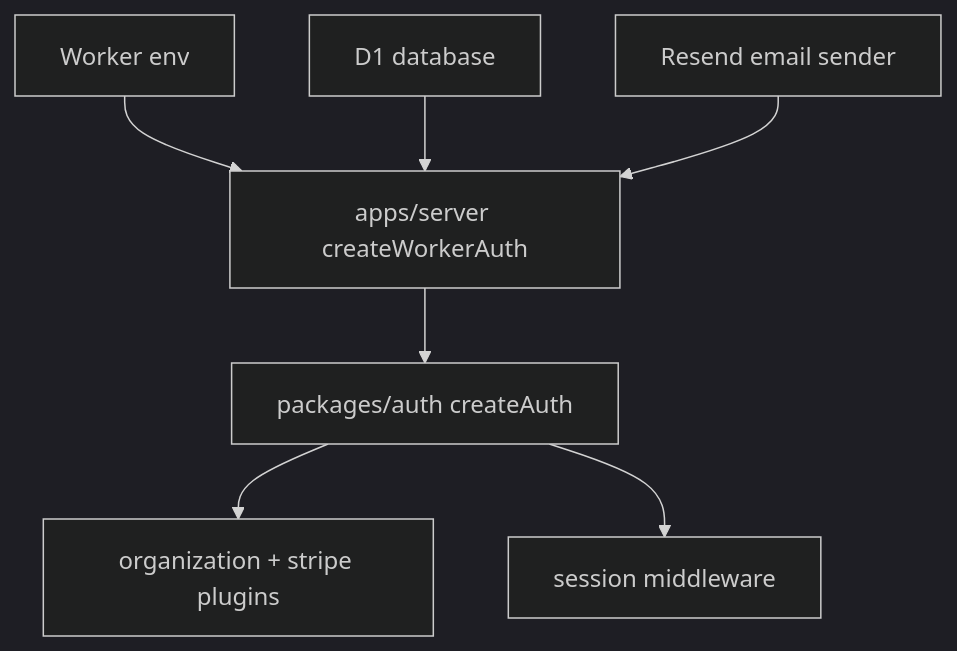
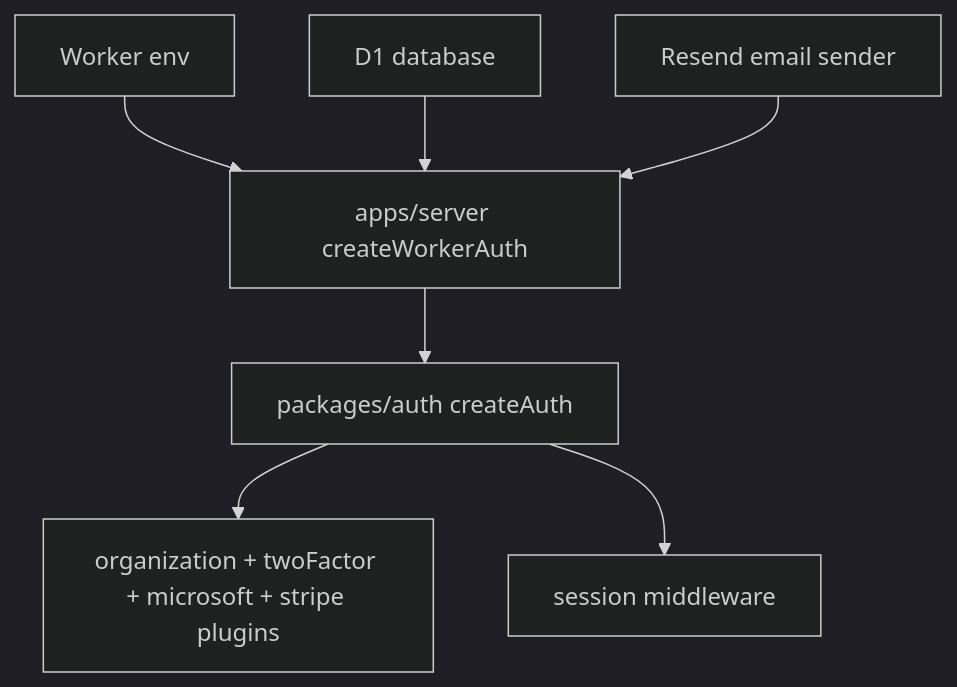
One commit to langgenius/due-date-hq-jhx-lyz changed the first of 4 diagrams in docs/project-modules/08-auth-identity.md. Above: the diagram before and after it, drawn with Mermaid (dark theme). The commit also changed other lines of this file and 44 other files, not shown here.

Commit message:
feat(auth): close security and oauth flows

````diff
--- a/docs/project-modules/08-auth-identity.md
+++ b/docs/project-modules/08-auth-identity.md
@@ -87,17 +102,17 @@
 ```mermaid
 flowchart TB
   Env["Worker env"]
   ServerAuth["apps/server createWorkerAuth"]
   CreateAuth["packages/auth createAuth"]
   DB["D1 database"]
   Email["Resend email sender"]
-  Plugins["organization + stripe plugins"]
+  Plugins["organization + twoFactor + microsoft + stripe plugins"]
   Middleware["session middleware"]
 
   Env --> ServerAuth
   DB --> ServerAuth
   Email --> ServerAuth
   ServerAuth --> CreateAuth
   CreateAuth --> Plugins
   CreateAuth --> Middleware
 ```
````
